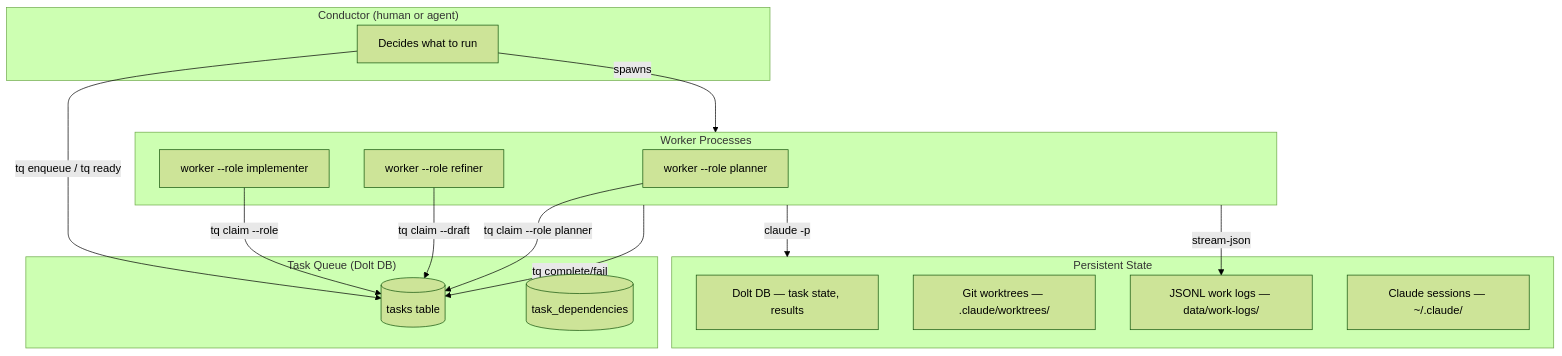
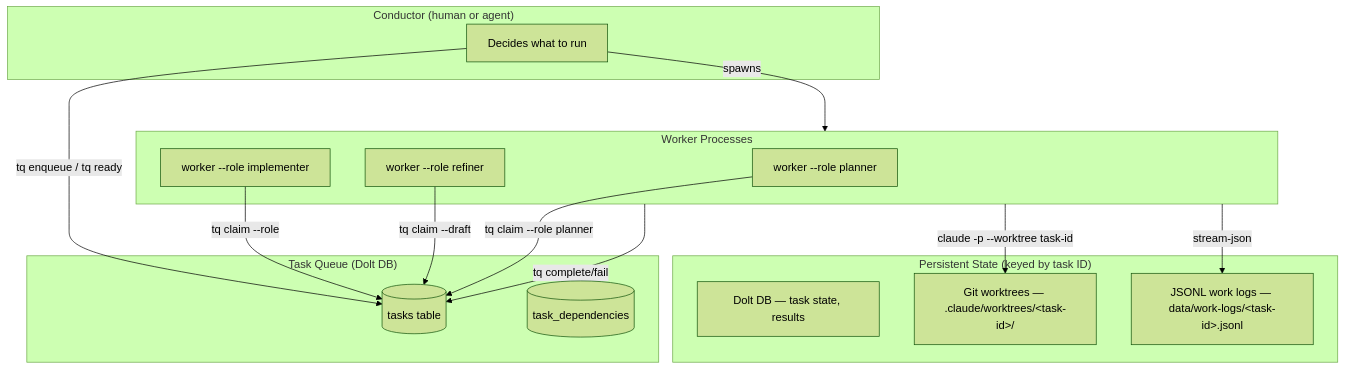
The first of 4 diagrams in docs/architecture.md (shardworks/shardworks), drawn with Mermaid (forest theme) before and after one commit. The commit also changed other lines of this file and 11 other files, not shown here.

First line of the commit message:
feat: task-centric architecture, tq release, rate-limit recovery

````diff
--- a/docs/architecture.md
+++ b/docs/architecture.md
@@ -11,33 +15,32 @@
 ```mermaid
 graph TB
     subgraph Conductor["Conductor (human or agent)"]
         CD[Decides what to run]
     end
 
     subgraph TaskQueue["Task Queue (Dolt DB)"]
         TQ[(tasks table)]
         TD[(task_dependencies)]
     end
 
     subgraph Workers["Worker Processes"]
         W1["worker --role implementer"]
         W2["worker --role refiner"]
         W3["worker --role planner"]
     end
 
-    subgraph Persistence["Persistent State"]
+    subgraph Persistence["Persistent State (keyed by task ID)"]
         DB["Dolt DB — task state, results"]
-        Git["Git worktrees — .claude/worktrees/"]
-        Logs["JSONL work logs — data/work-logs/"]
-        Sessions["Claude sessions — ~/.claude/"]
+        Git["Git worktrees — .claude/worktrees/&lt;task-id&gt;/"]
+        Logs["JSONL work logs — data/work-logs/&lt;task-id&gt;.jsonl"]
     end
 
     CD -->|"tq enqueue / tq ready"| TQ
     CD -->|"spawns"| Workers
     W1 -->|"tq claim --role"| TQ
     W2 -->|"tq claim --draft"| TQ
     W3 -->|"tq claim --role planner"| TQ
-    Workers -->|"claude -p"| Persistence
+    Workers -->|"claude -p --worktree task-id"| Git
     Workers -->|"stream-json"| Logs
     Workers -->|"tq complete/fail"| TQ
 ```
````
